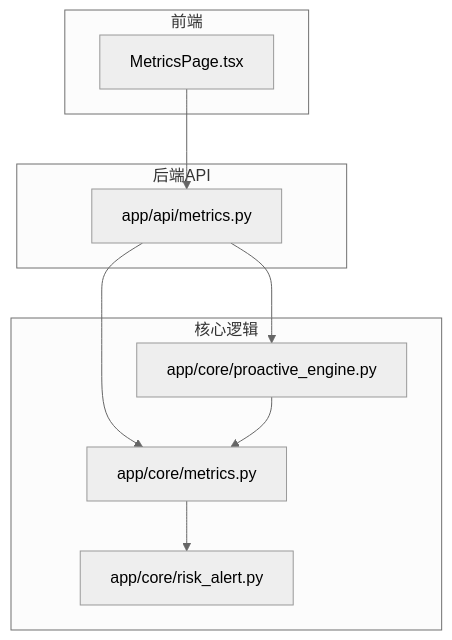
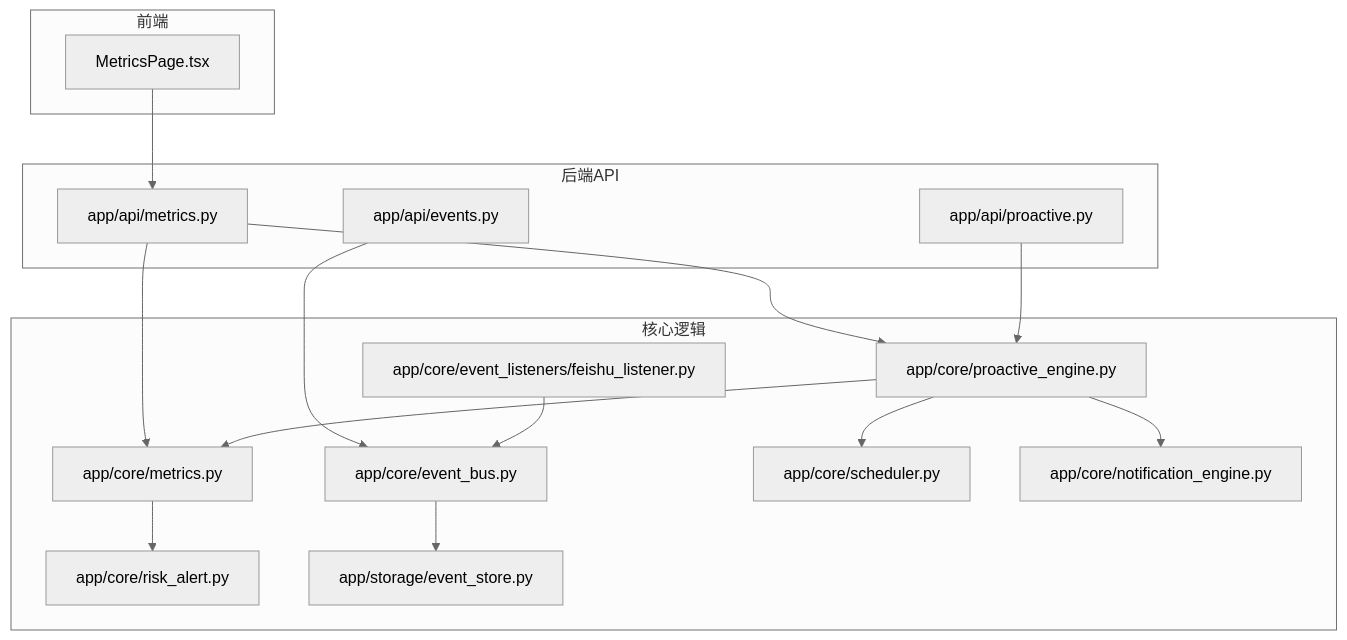
One commit to angledick/- changed the first of 10 diagrams in .qoder/repowiki/zh/content/监控与运维/系统健康监控.md. Above: the diagram before and after it, drawn with Mermaid (neutral theme). The commit also changed other lines of this file and 770 other files, not shown here.

````diff
--- a/.qoder/repowiki/zh/content/监控与运维/系统健康监控.md
+++ b/.qoder/repowiki/zh/content/监控与运维/系统健康监控.md
@@ -40,19 +72,32 @@
 ```mermaid
 graph TB
 subgraph "前端"
 FE_Metrics["MetricsPage.tsx"]
 end
 subgraph "后端API"
 API_Metrics["app/api/metrics.py"]
+API_Events["app/api/events.py"]
+API_Heartbeat["app/api/proactive.py"]
 end
 subgraph "核心逻辑"
 Core_Metrics["app/core/metrics.py"]
 Core_Proactive["app/core/proactive_engine.py"]
 Core_Risk["app/core/risk_alert.py"]
+Core_EventBus["app/core/event_bus.py"]
+Core_Feishu["app/core/event_listeners/feishu_listener.py"]
+Core_EventStore["app/storage/event_store.py"]
+Core_Scheduler["app/core/scheduler.py"]
+Core_Notification["app/core/notification_engine.py"]
 end
 FE_Metrics --> API_Metrics
 API_Metrics --> Core_Metrics
 API_Metrics --> Core_Proactive
+API_Events --> Core_EventBus
+API_Heartbeat --> Core_Proactive
 Core_Metrics --> Core_Risk
 Core_Proactive --> Core_Metrics
+Core_Proactive --> Core_Scheduler
+Core_Proactive --> Core_Notification
+Core_EventBus --> Core_EventStore
+Core_Feishu --> Core_EventBus
 ```
````
